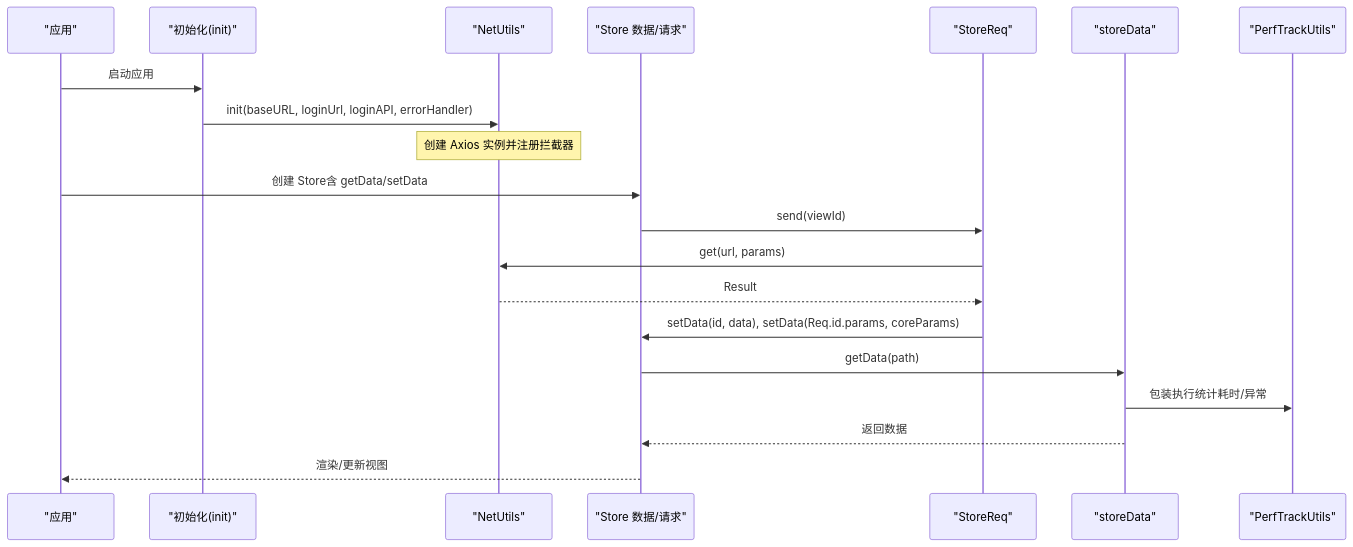
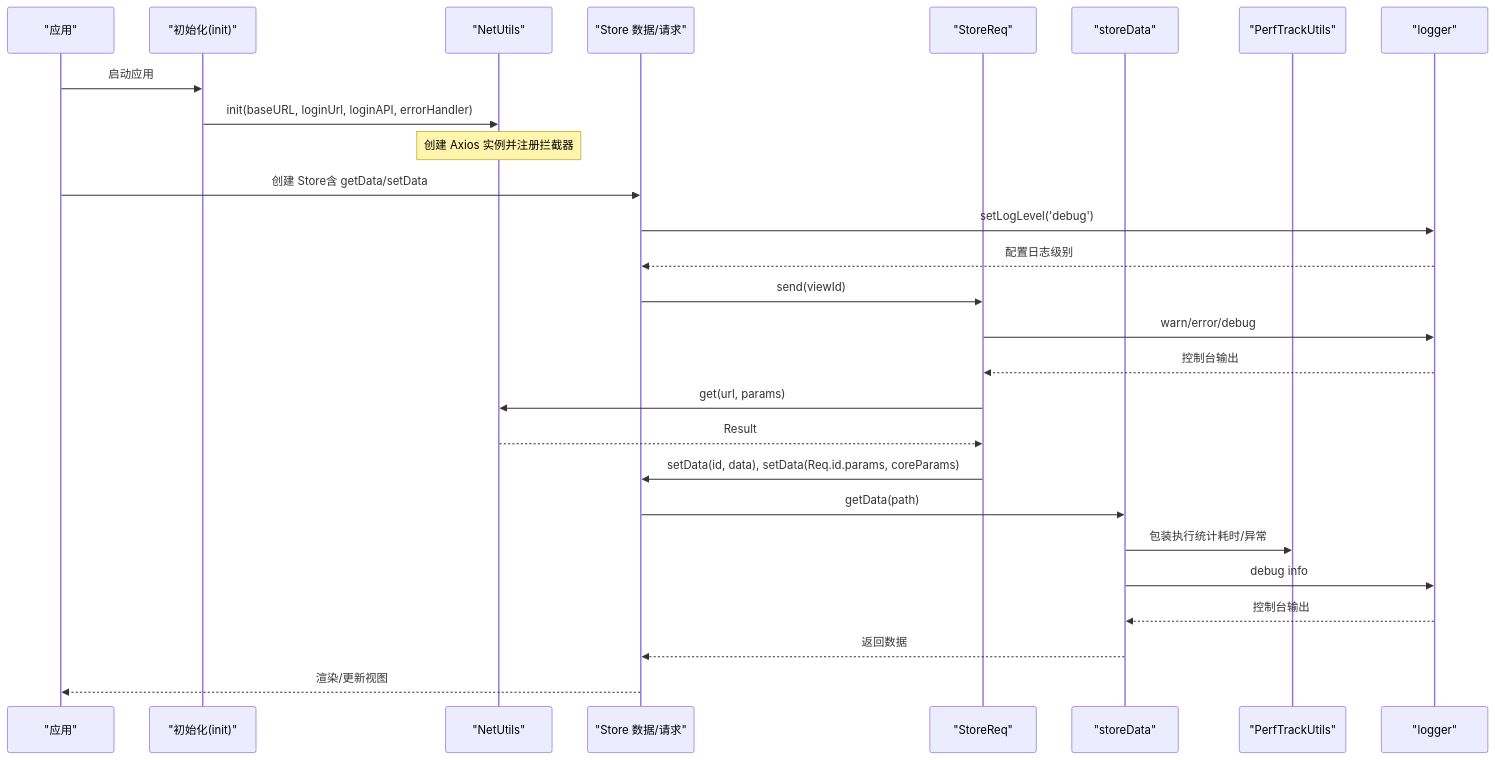
The second of 4 diagrams in .qoder/repowiki/zh/content/框架核心/工具函数库.md (liqiongke/FrontArk), drawn with Mermaid before and after one commit. The commit also changed other lines of this file and 25 other files, not shown here.

````diff
--- a/.qoder/repowiki/zh/content/框架核心/工具函数库.md
+++ b/.qoder/repowiki/zh/content/框架核心/工具函数库.md
@@ -81,22 +98,29 @@
 ```mermaid
 sequenceDiagram
 participant App as "应用"
 participant Init as "初始化(init)"
 participant Net as "NetUtils"
 participant Store as "Store 数据/请求"
 participant Req as "StoreReq"
 participant Data as "storeData"
 participant Perf as "PerfTrackUtils"
+participant Log as "logger"
 App->>Init : 启动应用
 Init->>Net : init(baseURL, loginUrl, loginAPI, errorHandler)
 Note over Net : 创建 Axios 实例并注册拦截器
 App->>Store : 创建 Store含 getData/setData
+Store->>Log : setLogLevel('debug')
+Log-->>Store : 配置日志级别
 Store->>Req : send(viewId)
+Req->>Log : warn/error/debug
+Log-->>Req : 控制台输出
 Req->>Net : get(url, params)
 Net-->>Req : Result
 Req->>Store : setData(id, data), setData(Req.id.params, coreParams)
 Store->>Data : getData(path)
 Data->>Perf : 包装执行统计耗时/异常
+Data->>Log : debug info
+Log-->>Data : 控制台输出
 Data-->>Store : 返回数据
 Store-->>App : 渲染/更新视图
 ```
````
